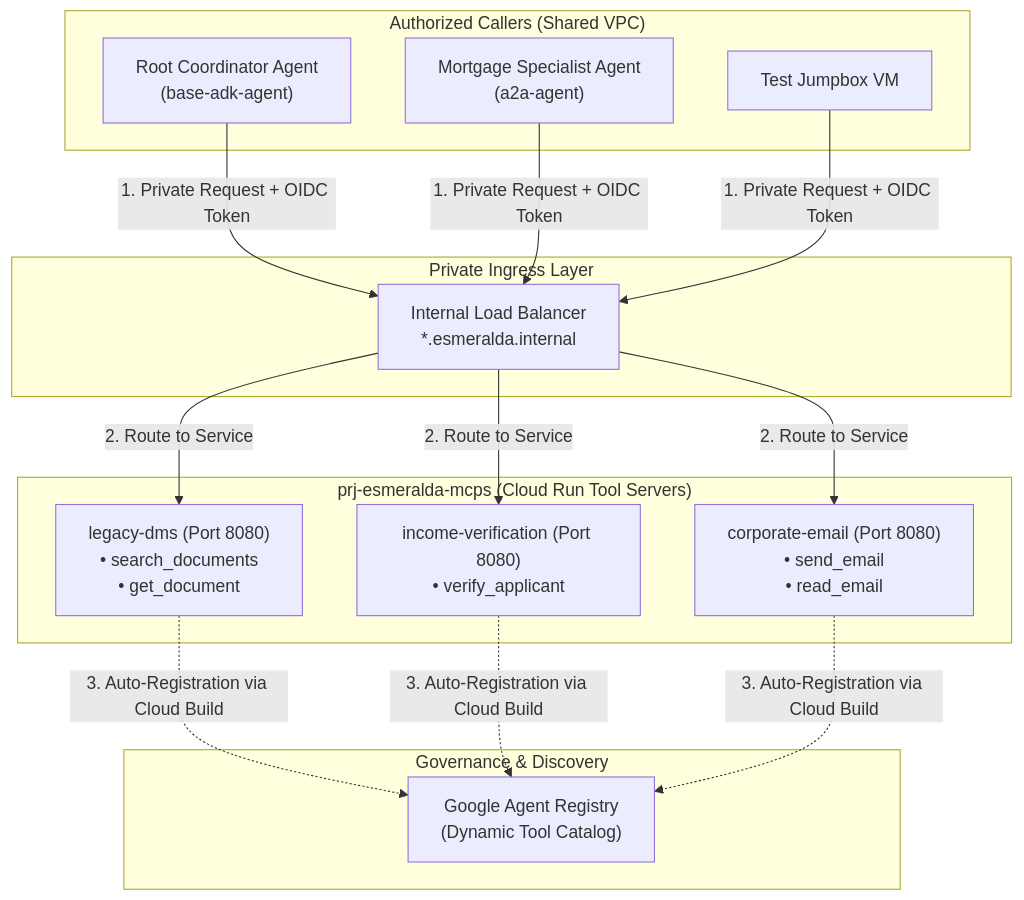
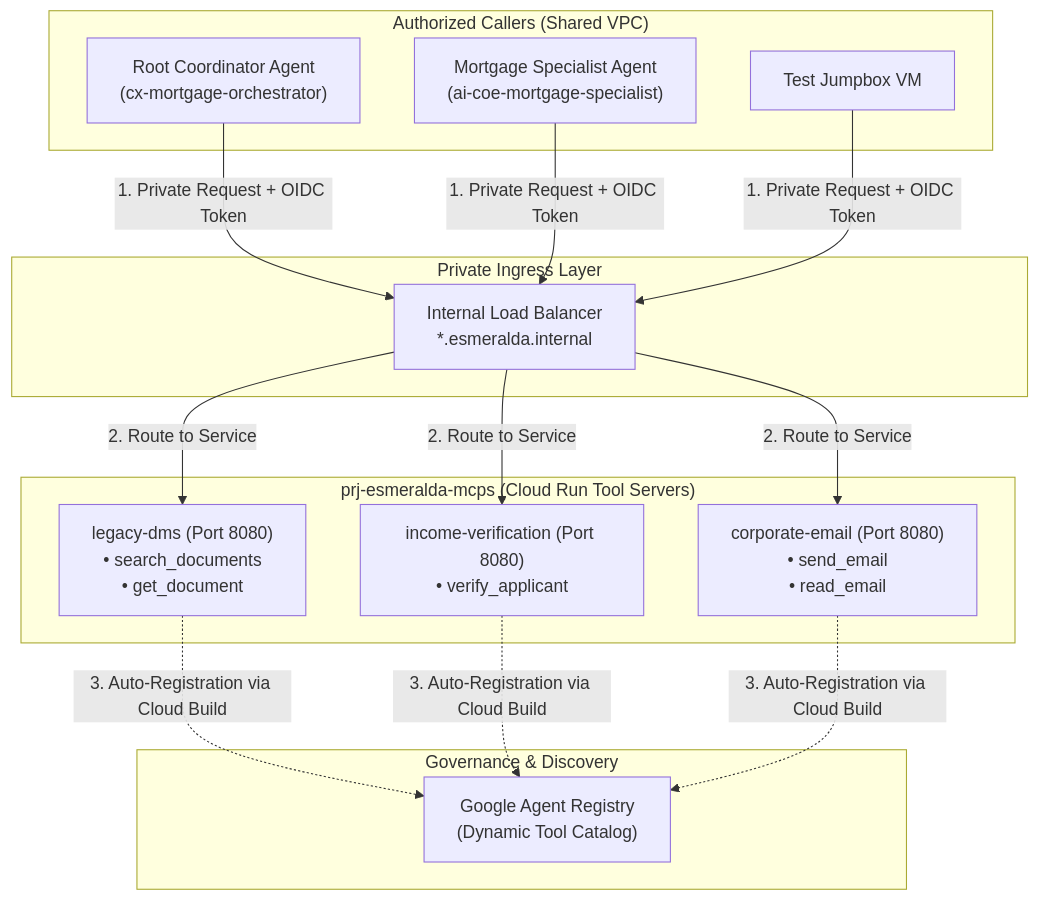
The diagram in docs/2-workloads-and-catalog/02-mcp-tool-servers.md (google/esmeralda), drawn with Mermaid before and after one commit. The commit also changed other lines of this file and 184 other files, not shown here.

````diff
--- a/docs/2-workloads-and-catalog/02-mcp-tool-servers.md
+++ b/docs/2-workloads-and-catalog/02-mcp-tool-servers.md
@@ -44,26 +44,26 @@
 ```mermaid
 flowchart TD
     subgraph Clients["Authorized Callers (Shared VPC)"]
-        RootAgent["Root Coordinator Agent<br/>(base-adk-agent)"]
-        A2AAgent["Mortgage Specialist Agent<br/>(a2a-agent)"]
+        RootAgent["Root Coordinator Agent<br/>(cx-mortgage-orchestrator)"]
+        A2AAgent["Mortgage Specialist Agent<br/>(ai-coe-mortgage-specialist)"]
         TestVM["Test Jumpbox VM"]
     end
 
     subgraph Gateway["Private Ingress Layer"]
         ILB["Internal Load Balancer<br/>*.esmeralda.internal"]
     end
 
     subgraph Tools["prj-esmeralda-mcps (Cloud Run Tool Servers)"]
         DMS["legacy-dms (Port 8080)<br/>• search_documents<br/>• get_document"]
         Income["income-verification (Port 8080)<br/>• verify_applicant"]
         Email["corporate-email (Port 8080)<br/>• send_email<br/>• read_email"]
     end
 
     subgraph Catalog["Governance & Discovery"]
         Registry["Google Agent Registry<br/>(Dynamic Tool Catalog)"]
     end
 
     RootAgent & A2AAgent & TestVM -->|1. Private Request + OIDC Token| ILB
     ILB -->|2. Route to Service| DMS & Income & Email
     DMS & Income & Email -.->|3. Auto-Registration via Cloud Build| Registry
 ```
````
